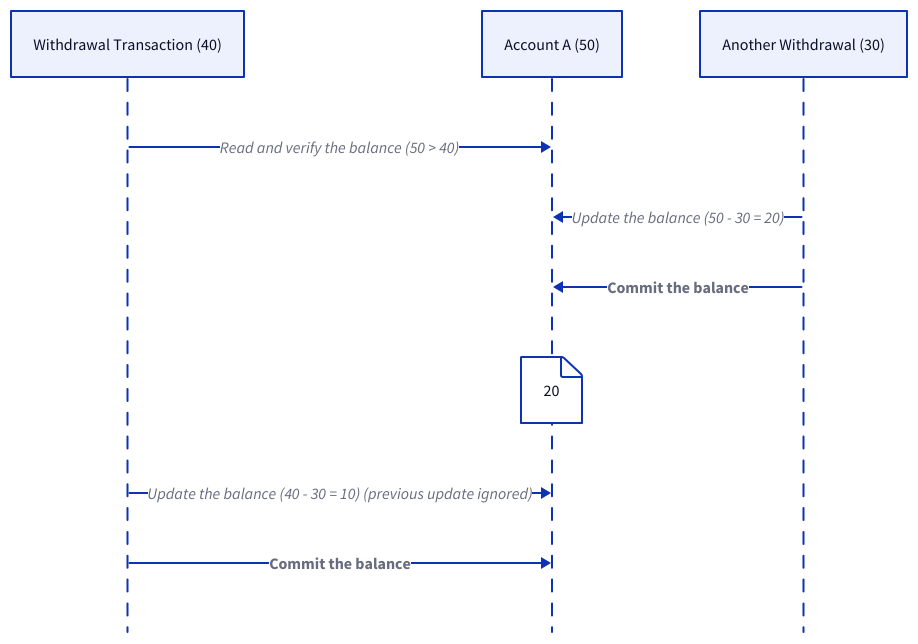
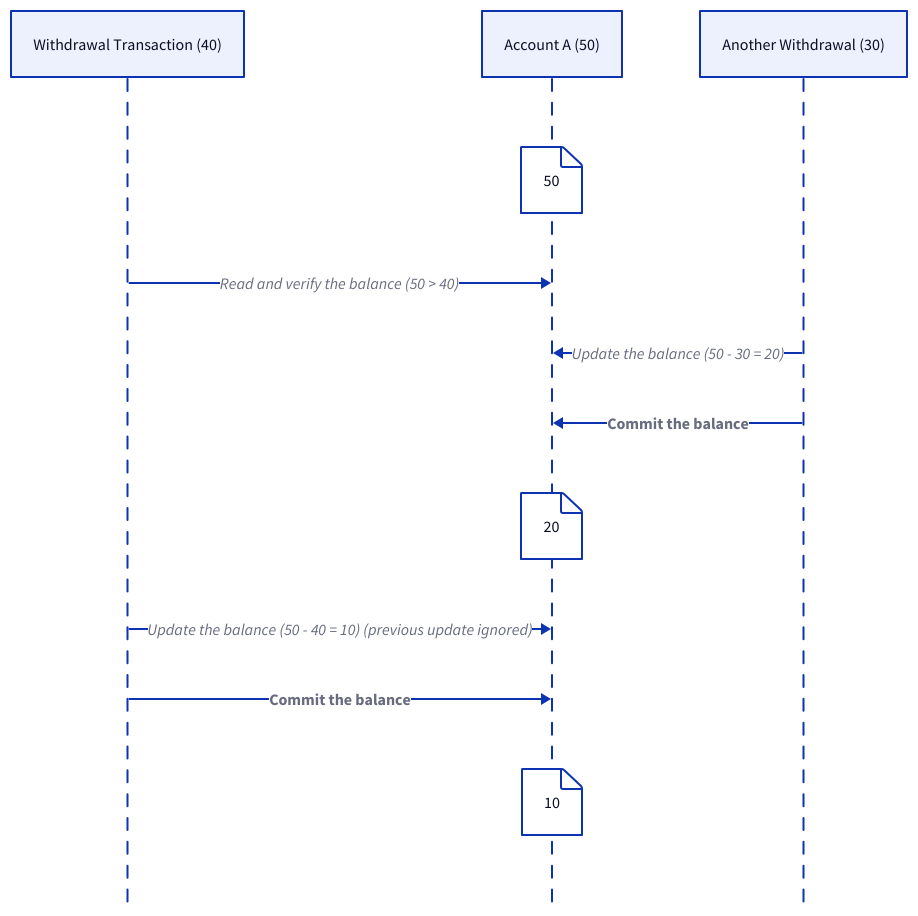
One commit to link1905/system-design-101 changed diagram 12 of 29 in content/docs/data-persistence/sql-database/concurrency-control.md. Above: the diagram before and after it, drawn with D2. The commit also changed other lines of this file and 49 other files, not shown here.

````diff
--- a/content/docs/data-persistence/sql-database/concurrency-control.md
+++ b/content/docs/data-persistence/sql-database/concurrency-control.md
@@ -401,20 +410,26 @@
 ```d2
 shape: sequence_diagram
 t: Withdrawal Transaction (40)
 a: Account A (50)
 t1: Another Withdrawal (30)
+a {
+  "50"
+}
 t -> a: Read and verify the balance (50 > 40)
 t1 -> a: Update the balance (50 - 30 = 20)
 t1 -> a: Commit the balance {
     style.bold: true
 }
 a {
   "20"
 }
-t -> a: Update the balance (40 - 30 = 10) (previous update ignored) {
+t -> a: Update the balance (50 - 40 = 10) (previous update ignored) {
     class: error-conn
 }
 t -> a: Commit the balance {
     style.bold: true
 }
+a {
+  "10"
+}
 ```
````
